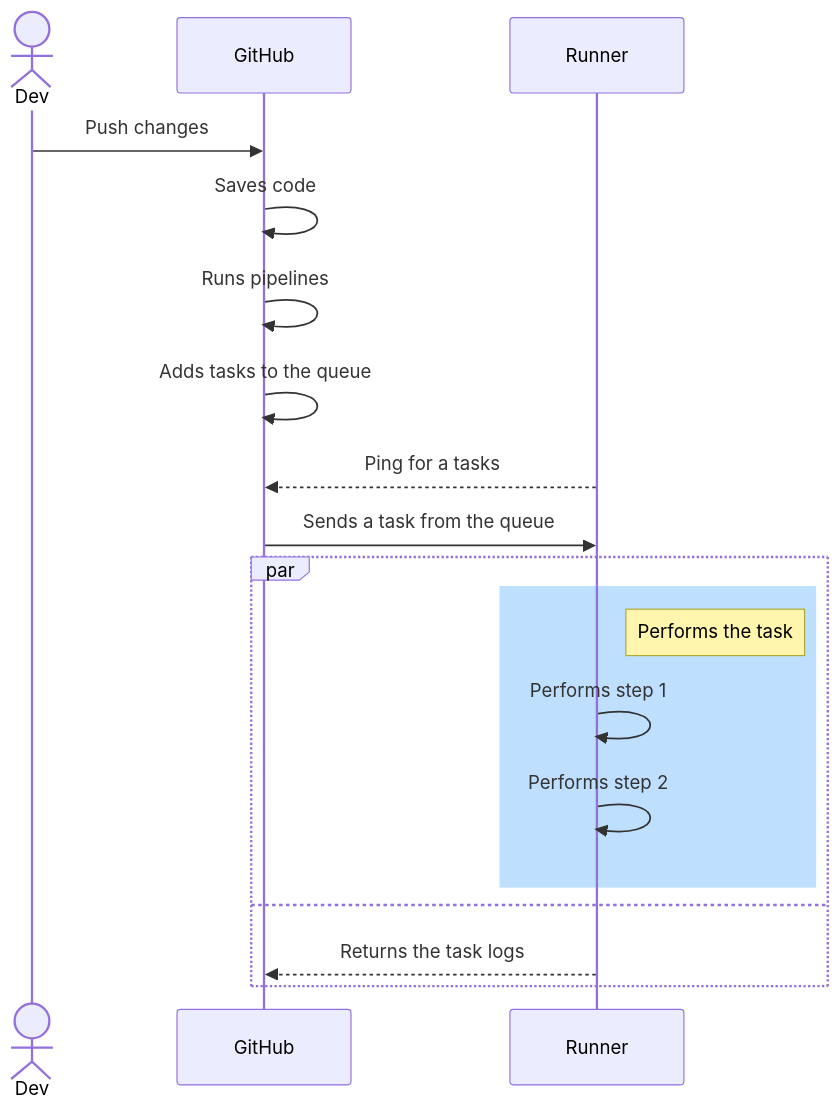
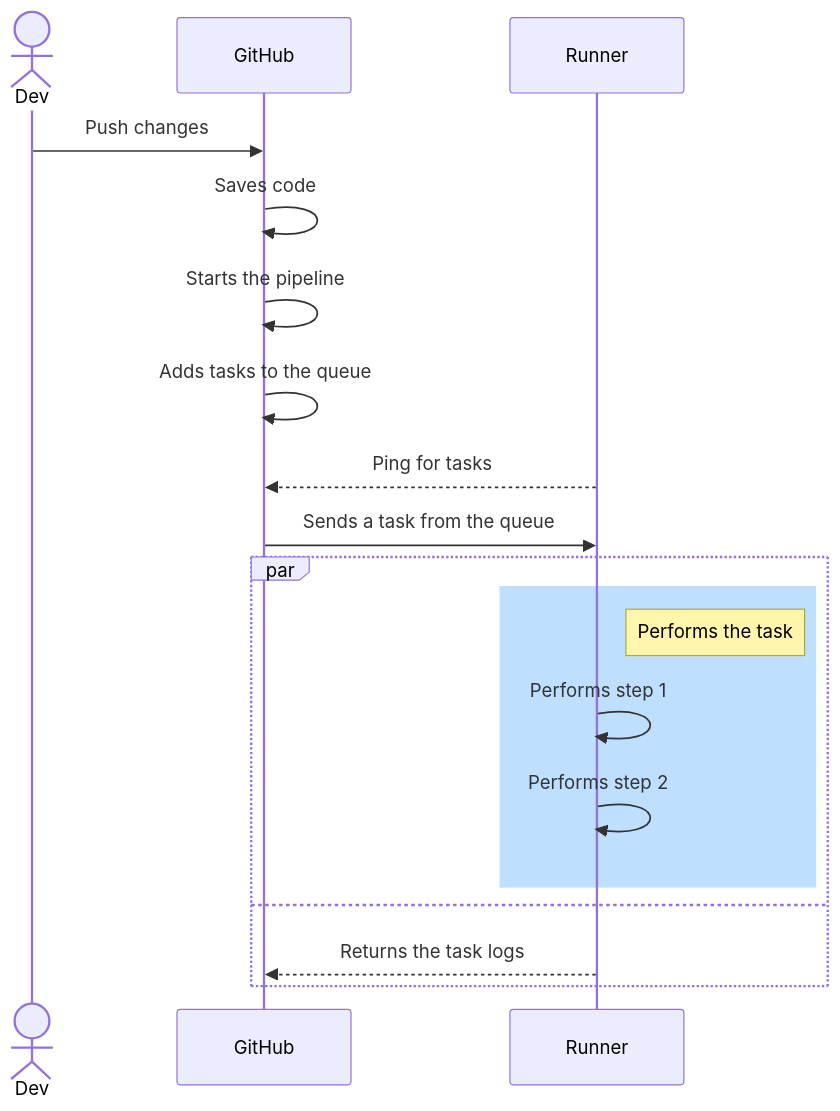
Before and after one commit to TourmalineCore/TourmalineCore.Articles: the diagram in articles/en/github-self-hosted-runners-part1/github-self-hosted-runners-part1.md, drawn with Mermaid. The commit also changed other lines of this file and 12 other files, not shown here.

````diff
--- a/articles/en/github-self-hosted-runners-part1/github-self-hosted-runners-part1.md
+++ b/articles/en/github-self-hosted-runners-part1/github-self-hosted-runners-part1.md
@@ -47,24 +47,24 @@
 ```mermaid
 sequenceDiagram
     actor Dev
     participant GitHub
     participant Runner
 
     Dev->>GitHub: Push changes
 
     GitHub->>GitHub: Saves code
-    GitHub->>GitHub: Runs pipelines
+    GitHub->>GitHub: Starts the pipeline
     GitHub->>GitHub: Adds tasks to the queue
 
-    Runner-->>GitHub: Ping for a tasks
+    Runner-->>GitHub: Ping for tasks
     GitHub->>Runner: Sends a task from the queue
     par 
     rect rgb(191, 223, 255)
     note right of Runner: Performs the task
     Runner->>Runner: Performs step 1
     Runner->>Runner: Performs step 2
     end
     and
     Runner-->>GitHub: Returns the task logs
     end
 ```
````
